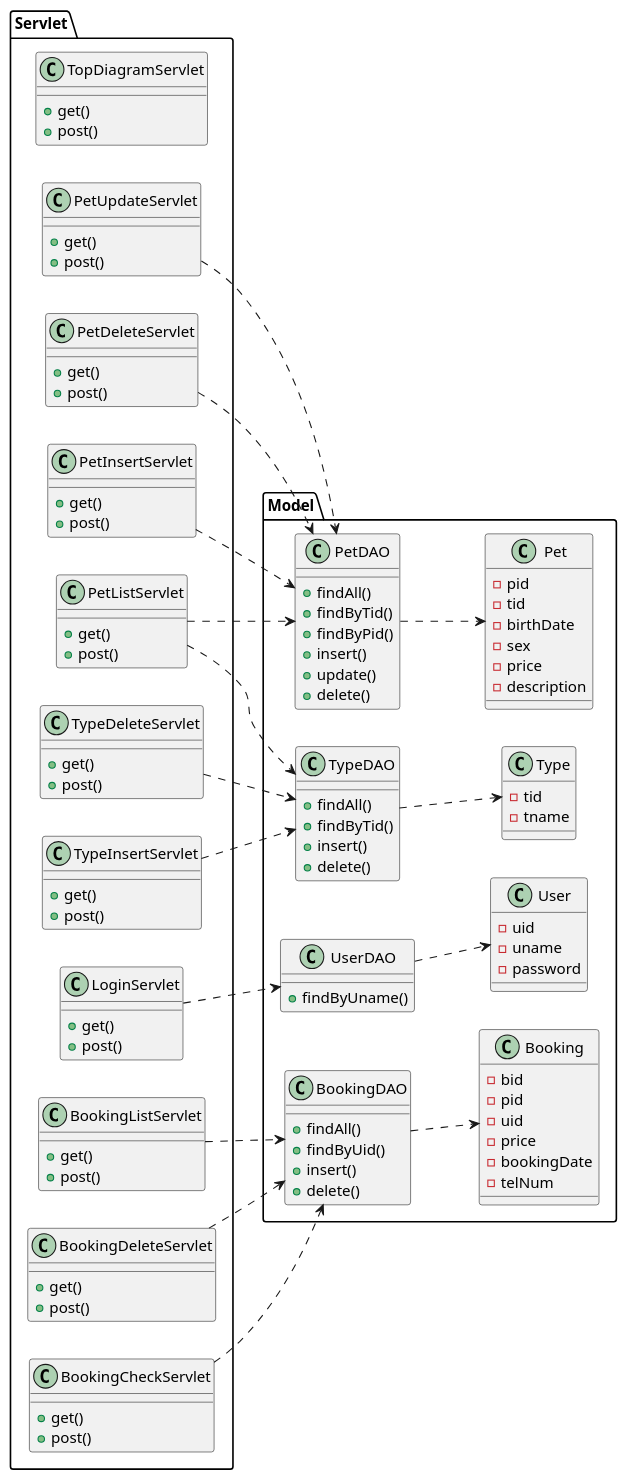
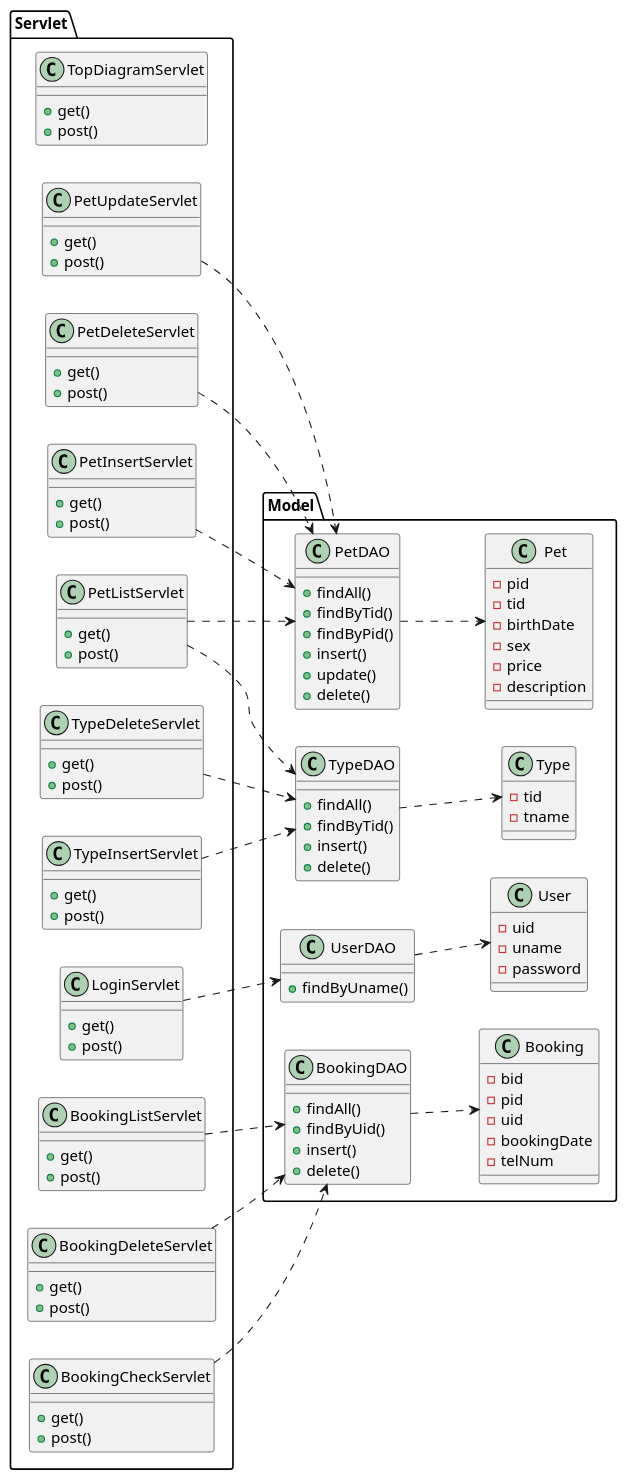
Before and after one commit to Tyamanaka07/WebSystem: the diagram in detail.uml/class.pu, drawn with PlantUML.

Commit message:
class図少し修正

```diff
--- a/detail.uml/class.pu
+++ b/detail.uml/class.pu
@@ -1,136 +1,135 @@
 @startuml
 left to right direction
 
 package Model{
 	class Pet{
 		-pid
 		-tid
 		-birthDate
 		-sex
 		-price
 		-description
 	}
 
 	class Type{
 		-tid
 		-tname
 	}
 
 	class User{
 		-uid
 		-uname
 		-password
 	}
 
 	class Booking{
 		-bid
 		-pid
 		-uid
-		-price
 		-bookingDate
 		-telNum
 	}
 
 	class PetDAO{
 		+findAll()
 		+findByTid()
 		+findByPid()
 		+insert()
 		+update()
 		+delete()
 	}
 
 	class TypeDAO{
 		+findAll()
 		+findByTid()
 		+insert()
 		+delete()
 	}
 
 	class UserDAO{
 		+findByUname()
 	}
 
 	class BookingDAO{
 		+findAll()
 		+findByUid()
 		+insert()
 		+delete()
 	}
 }
 
 package Servlet{
 	class TopDiagramServlet{
 		+get()
 		+post()
 	}
 
 	class PetListServlet{
 		+get()
 		+post()
 	}
 
 	class LoginServlet{
 		+get()
 		+post()
 	}
 
 	class PetInsertServlet{
 		+get()
 		+post()
 	}
 
 	class PetUpdateServlet{
 		+get()
 		+post()
 	}
 
 	class PetDeleteServlet{
 		+get()
 		+post()
 	}
 
 	class TypeInsertServlet{
 		+get()
 		+post()
 	}
 
 	class TypeDeleteServlet{
 		+get()
 		+post()
 	}
 
 	class BookingCheckServlet{
 		+get()
 		+post()
 	}
 
 	class BookingListServlet{
 		+get()
 		+post()
 	}
 
 	class BookingDeleteServlet{
 		+get()
 		+post()
 	}
 }
 
 
 PetListServlet..>TypeDAO
 TypeInsertServlet..>TypeDAO
 TypeDeleteServlet..>TypeDAO
 PetListServlet..>PetDAO
 PetInsertServlet..>PetDAO
 PetUpdateServlet..>PetDAO
 PetDeleteServlet..>PetDAO
 LoginServlet..>UserDAO
 BookingCheckServlet..>BookingDAO
 BookingListServlet..>BookingDAO
 BookingDeleteServlet..>BookingDAO
 
 BookingDAO..>Booking
 PetDAO..>Pet
 TypeDAO..>Type
 UserDAO..>User
 @enduml
```
